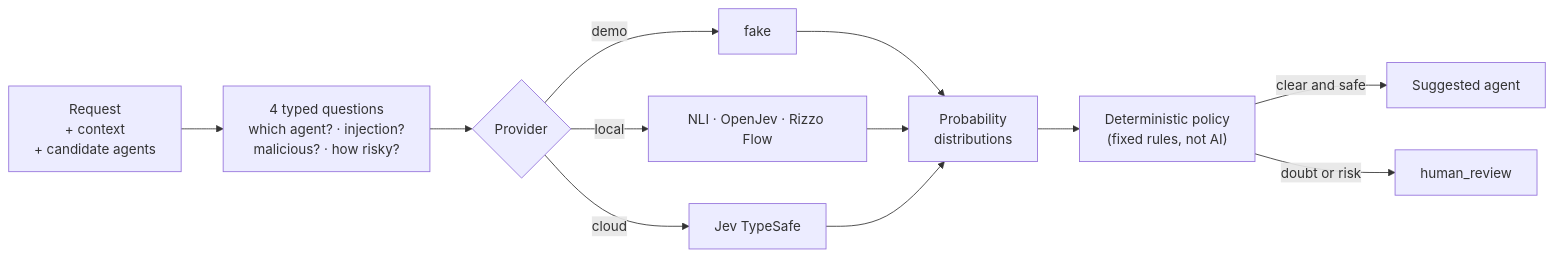
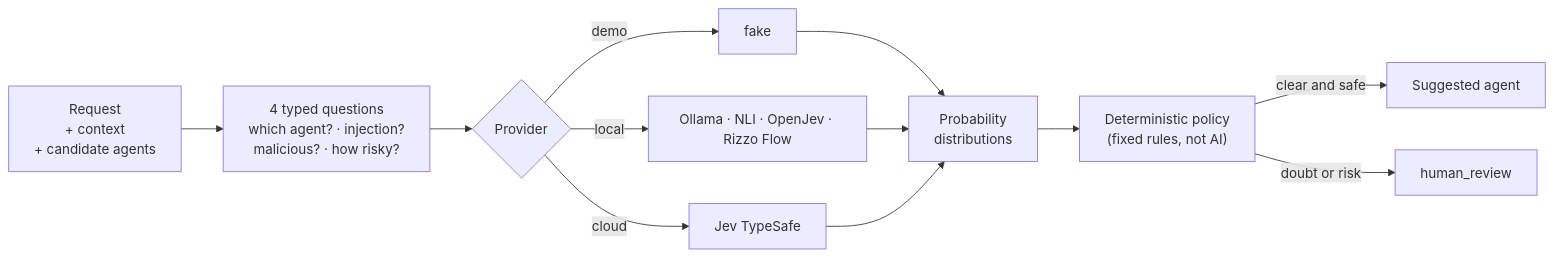
One commit to zalaso/decision-router changed the diagram in README.en.md. Above: the diagram before and after it, drawn with Mermaid. The commit also changed other lines of this file and 17 other files, not shown here.

````diff
--- a/README.en.md
+++ b/README.en.md
@@ -89,12 +89,12 @@
 ```mermaid
 flowchart LR
     R["Request<br/>+ context<br/>+ candidate agents"] --> Q["4 typed questions<br/>which agent? · injection?<br/>malicious? · how risky?"]
     Q --> P{"Provider"}
     P -->|demo| F[fake]
-    P -->|local| L["NLI · OpenJev · Rizzo Flow"]
+    P -->|local| L["Ollama · NLI · OpenJev · Rizzo Flow"]
     P -->|cloud| C[Jev TypeSafe]
     F & L & C --> D["Probability<br/>distributions"]
     D --> POL["Deterministic policy<br/>(fixed rules, not AI)"]
     POL -->|clear and safe| A["Suggested agent"]
     POL -->|doubt or risk| H["human_review"]
 ```
````
